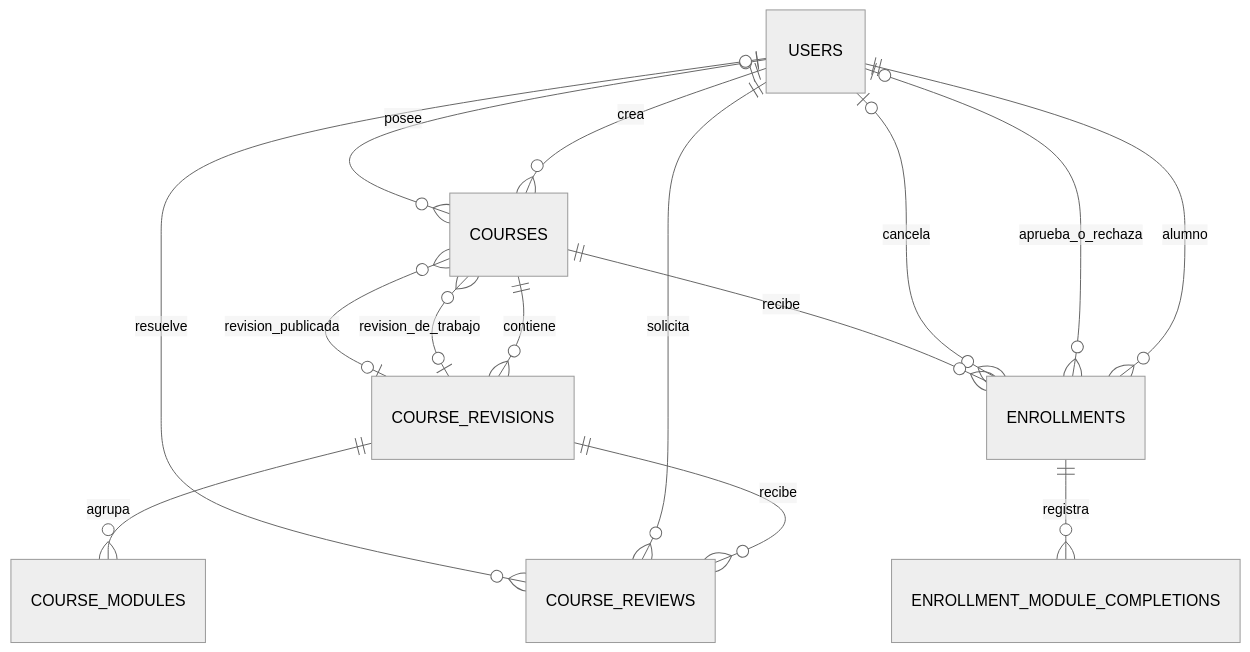
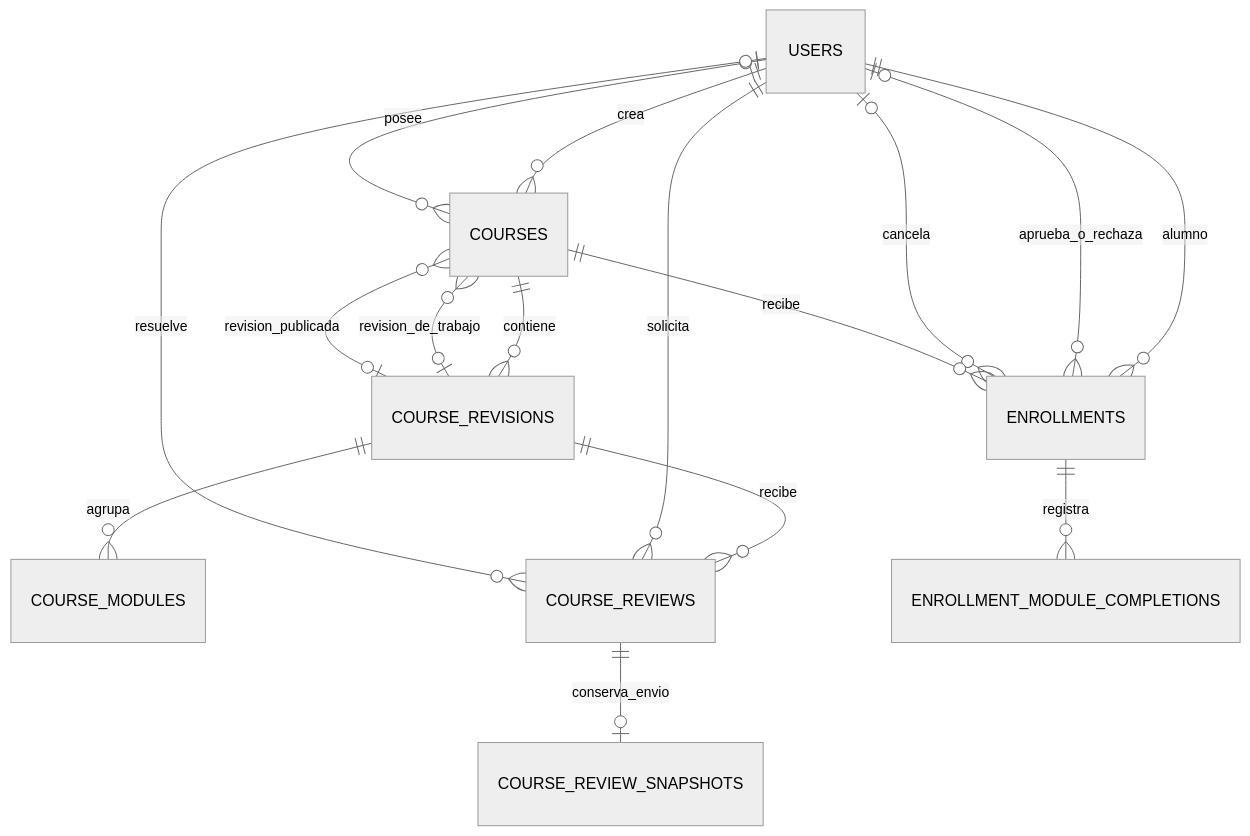
Before and after one commit to PracticasProfesionalizantes-I-2026/Grupo-N-10-BackendCursosOnline: the diagram in 4-Codigo/MODELO_DE_DATOS.md, drawn with Mermaid (neutral theme). The commit also changed other lines of this file and 83 other files, not shown here.

````diff
--- a/4-Codigo/MODELO_DE_DATOS.md
+++ b/4-Codigo/MODELO_DE_DATOS.md
@@ -5,17 +5,18 @@
 ```mermaid
 erDiagram
     USERS ||--o{ COURSES : crea
     USERS o|--o{ COURSES : posee
     COURSES ||--o{ COURSE_REVISIONS : contiene
     COURSE_REVISIONS o|--o{ COURSES : revision_de_trabajo
     COURSE_REVISIONS o|--o{ COURSES : revision_publicada
     COURSE_REVISIONS ||--o{ COURSE_MODULES : agrupa
     COURSE_REVISIONS ||--o{ COURSE_REVIEWS : recibe
+    COURSE_REVIEWS ||--o| COURSE_REVIEW_SNAPSHOTS : conserva_envio
     USERS ||--o{ COURSE_REVIEWS : solicita
     USERS o|--o{ COURSE_REVIEWS : resuelve
     USERS ||--o{ ENROLLMENTS : alumno
     USERS o|--o{ ENROLLMENTS : aprueba_o_rechaza
     USERS o|--o{ ENROLLMENTS : cancela
     COURSES ||--o{ ENROLLMENTS : recibe
     ENROLLMENTS ||--o{ ENROLLMENT_MODULE_COMPLETIONS : registra
 ```
````
